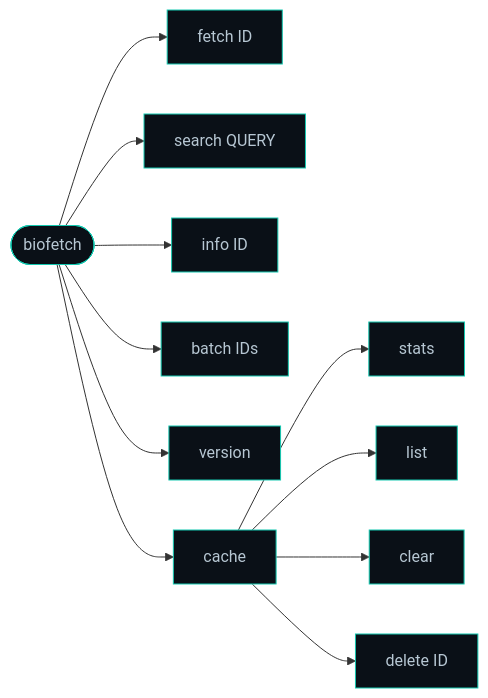
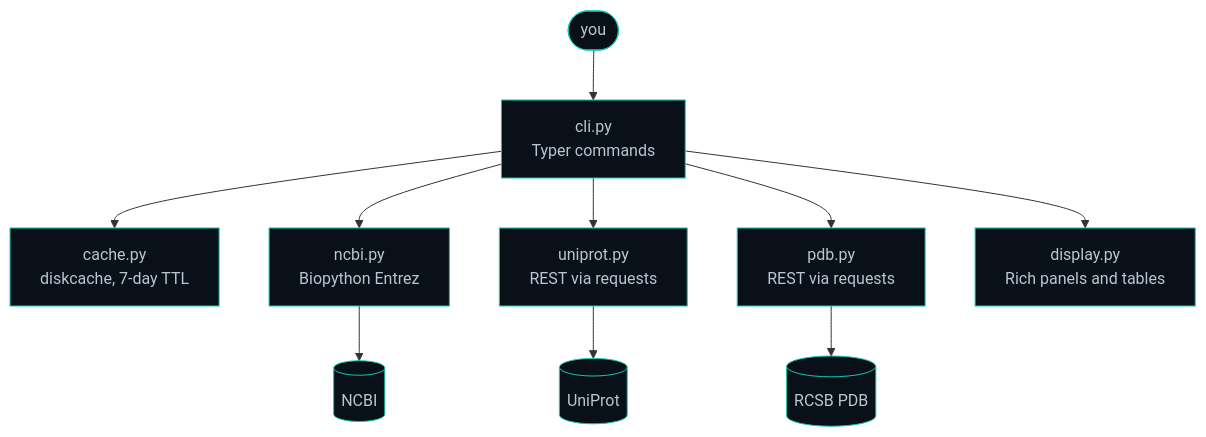
One commit to Eswar-mse/biofetch changed the second of 2 diagrams in README.md. Above: the diagram before and after it, drawn with Mermaid. The commit also changed other lines of this file, not shown here.

````diff
--- a/README.md
+++ b/README.md
@@ -257,15 +350,14 @@
 ```mermaid
-flowchart LR
-    B(["biofetch"]) --> F["fetch ID"]
-    B --> S["search QUERY"]
-    B --> I["info ID"]
-    B --> BA["batch IDs"]
-    B --> V["version"]
-    B --> CA["cache"]
-    CA --> C1["stats"]
-    CA --> C2["list"]
-    CA --> C3["clear"]
-    CA --> C4["delete ID"]
+flowchart TD
+    U(["you"]) --> CLI["cli.py<br/>Typer commands"]
+    CLI --> CACHE["cache.py<br/>diskcache, 7-day TTL"]
+    CLI --> NCBI["ncbi.py<br/>Biopython Entrez"]
+    CLI --> UNI["uniprot.py<br/>REST via requests"]
+    CLI --> PDB["pdb.py<br/>REST via requests"]
+    CLI --> DISP["display.py<br/>Rich panels and tables"]
+    NCBI --> NA[("NCBI")]
+    UNI --> UA[("UniProt")]
+    PDB --> PA[("RCSB PDB")]
     classDef box fill:#0A1017,stroke:#14C8B0,color:#B7C7D3
-    class B,F,S,I,BA,V,CA,C1,C2,C3,C4 box
+    class U,CLI,CACHE,NCBI,UNI,PDB,DISP,NA,UA,PA box
 ```
````
